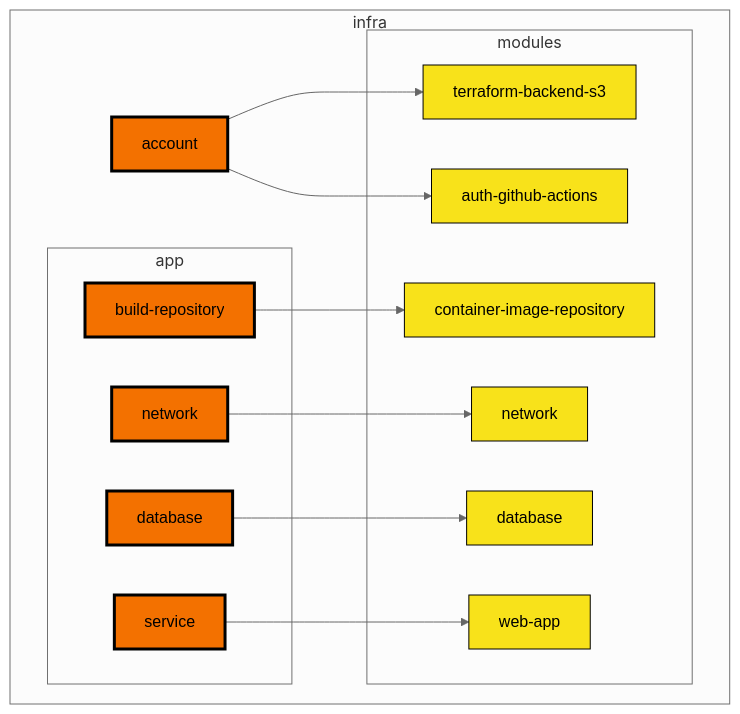
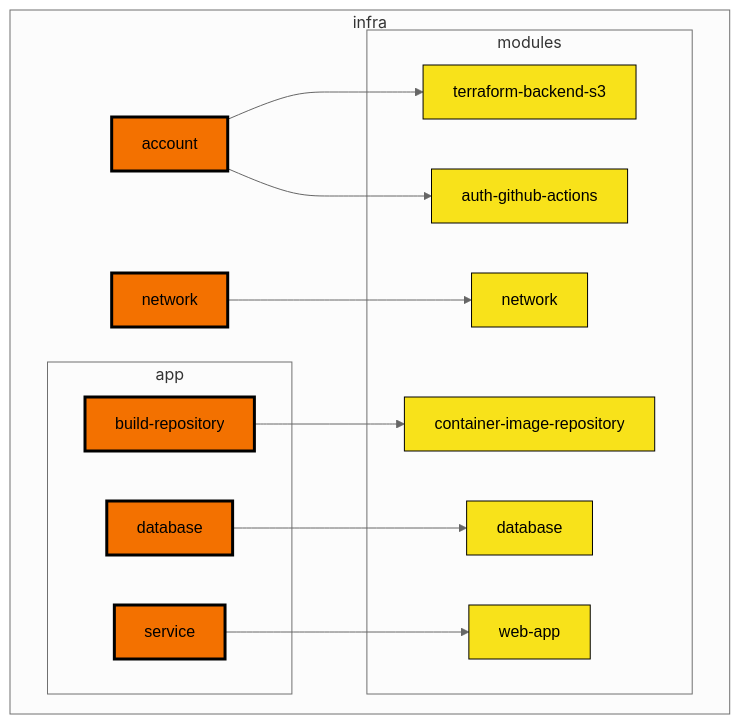
One commit to navapbc/platform-test changed the first of 2 diagrams in docs/infra/module-architecture.md. Above: the diagram before and after it, drawn with Mermaid (neutral theme). The commit also changed 1 other file, not shown here.

Commit message:
Template infra deploy #7875360379

````diff
--- a/docs/infra/module-architecture.md
+++ b/docs/infra/module-architecture.md
@@ -20,35 +20,35 @@
 ```mermaid
 flowchart TB
 
   classDef default fill:#FFF,stroke:#000
   classDef root-module fill:#F37100,stroke-width:3,font-family:Arial
   classDef child-module fill:#F8E21A,font-family:Arial
 
   subgraph infra
     account:::root-module
+    app/network[network]:::root-module
 
     subgraph app
       app/build-repository[build-repository]:::root-module
-      app/network[network]:::root-module
       app/database[database]:::root-module
       app/service[service]:::root-module
     end
 
     subgraph modules
       terraform-backend-s3:::child-module
       auth-github-actions:::child-module
       container-image-repository:::child-module
       network:::child-module
       database:::child-module
       web-app:::child-module
     end
 
     account --> terraform-backend-s3
     account --> auth-github-actions
+    app/network --> network
     app/build-repository --> container-image-repository
-    app/network --> network
     app/database --> database
     app/service --> web-app
 
   end
 ```
````
